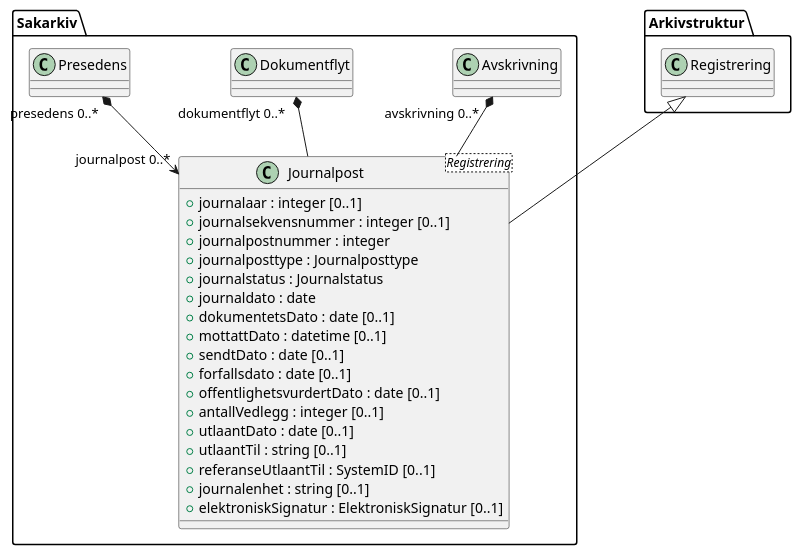
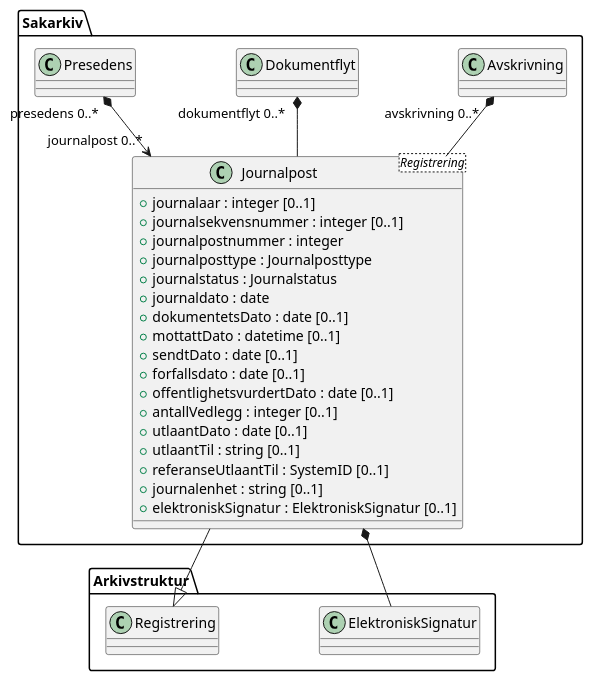
One commit to arkivverket/noark5-tjenestegrensesnitt-standard changed the diagram in kapitler/media/uml-class-journalpost.puml. Above: the diagram before and after it, drawn with PlantUML. The commit also changed 12 other files, not shown here.

Commit message:
Oppdater UML-diagram med relasjon til innbakte entiteter.

```diff
--- a/kapitler/media/uml-class-journalpost.puml
+++ b/kapitler/media/uml-class-journalpost.puml
@@ -1,26 +1,27 @@
 @startuml
 skinparam nodesep 100
 class Sakarkiv.Journalpost <Registrering> {
   +journalaar : integer [0..1]
   +journalsekvensnummer : integer [0..1]
   +journalpostnummer : integer
   +journalposttype : Journalposttype
   +journalstatus : Journalstatus
   +journaldato : date
   +dokumentetsDato : date [0..1]
   +mottattDato : datetime [0..1]
   +sendtDato : date [0..1]
   +forfallsdato : date [0..1]
   +offentlighetsvurdertDato : date [0..1]
   +antallVedlegg : integer [0..1]
   +utlaantDato : date [0..1]
   +utlaantTil : string [0..1]
   +referanseUtlaantTil : SystemID [0..1]
   +journalenhet : string [0..1]
   +elektroniskSignatur : ElektroniskSignatur [0..1]
 }
 Sakarkiv.Avskrivning "avskrivning 0..*" *-- Sakarkiv.Journalpost
 Sakarkiv.Dokumentflyt "dokumentflyt 0..*" *-- Sakarkiv.Journalpost
+Sakarkiv.Journalpost *-- Arkivstruktur.ElektroniskSignatur
 Sakarkiv.Presedens "presedens 0..*" *--> "journalpost 0..*" Sakarkiv.Journalpost
 Arkivstruktur.Registrering <|-- Sakarkiv.Journalpost
 @enduml
```
